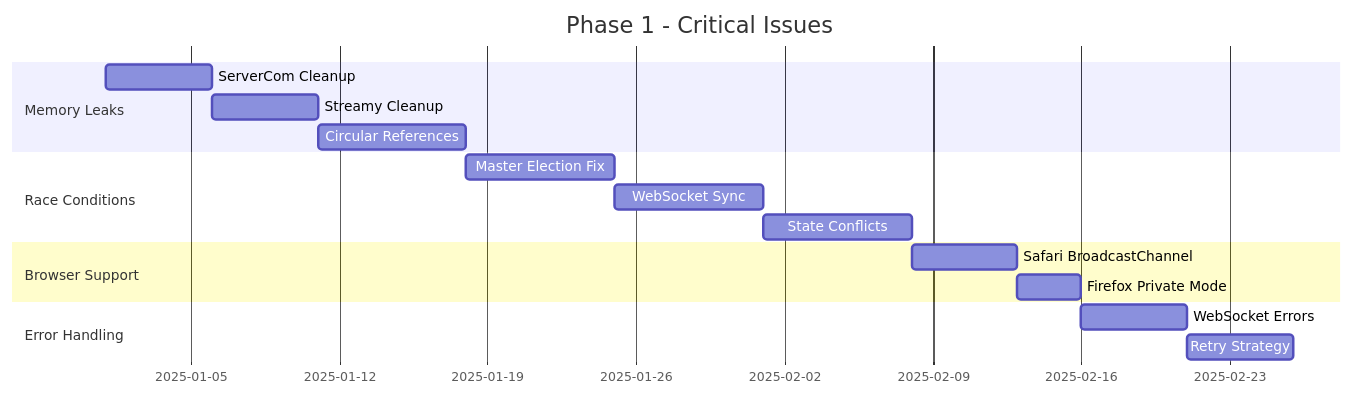
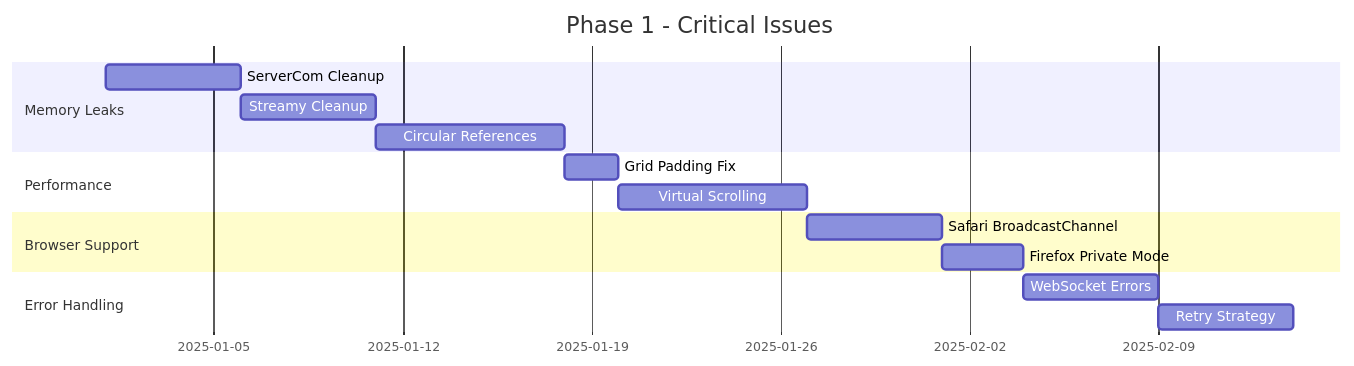
Before and after one commit to daubman/VineHelper: the diagram in IMPROVEMENT_PLAN.md, drawn with Mermaid. The commit also changed other lines of this file and 4 other files, not shown here.

````diff
--- a/IMPROVEMENT_PLAN.md
+++ b/IMPROVEMENT_PLAN.md
@@ -487,22 +490,21 @@
 ```mermaid
 gantt
     title Phase 1 - Critical Issues
     dateFormat  YYYY-MM-DD
     section Memory Leaks
     ServerCom Cleanup           :2025-01-01, 5d
     Streamy Cleanup            :2025-01-06, 5d
     Circular References        :2025-01-11, 7d
 
-    section Race Conditions
-    Master Election Fix        :2025-01-18, 7d
-    WebSocket Sync            :2025-01-25, 7d
-    State Conflicts           :2025-02-01, 7d
+    section Performance
+    Grid Padding Fix          :2025-01-18, 2d
+    Virtual Scrolling         :2025-01-20, 7d
 
     section Browser Support
-    Safari BroadcastChannel    :2025-02-08, 5d
-    Firefox Private Mode      :2025-02-13, 3d
+    Safari BroadcastChannel    :2025-01-27, 5d
+    Firefox Private Mode      :2025-02-01, 3d
 
     section Error Handling
-    WebSocket Errors          :2025-02-16, 5d
-    Retry Strategy           :2025-02-21, 5d
+    WebSocket Errors          :2025-02-04, 5d
+    Retry Strategy           :2025-02-09, 5d
 ```
````
